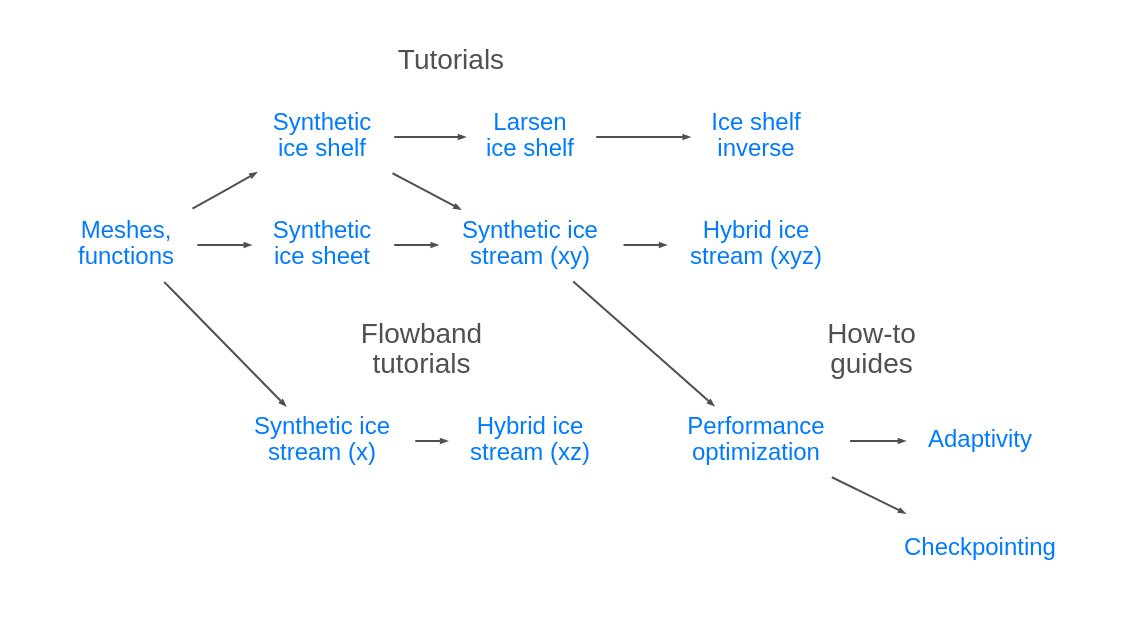
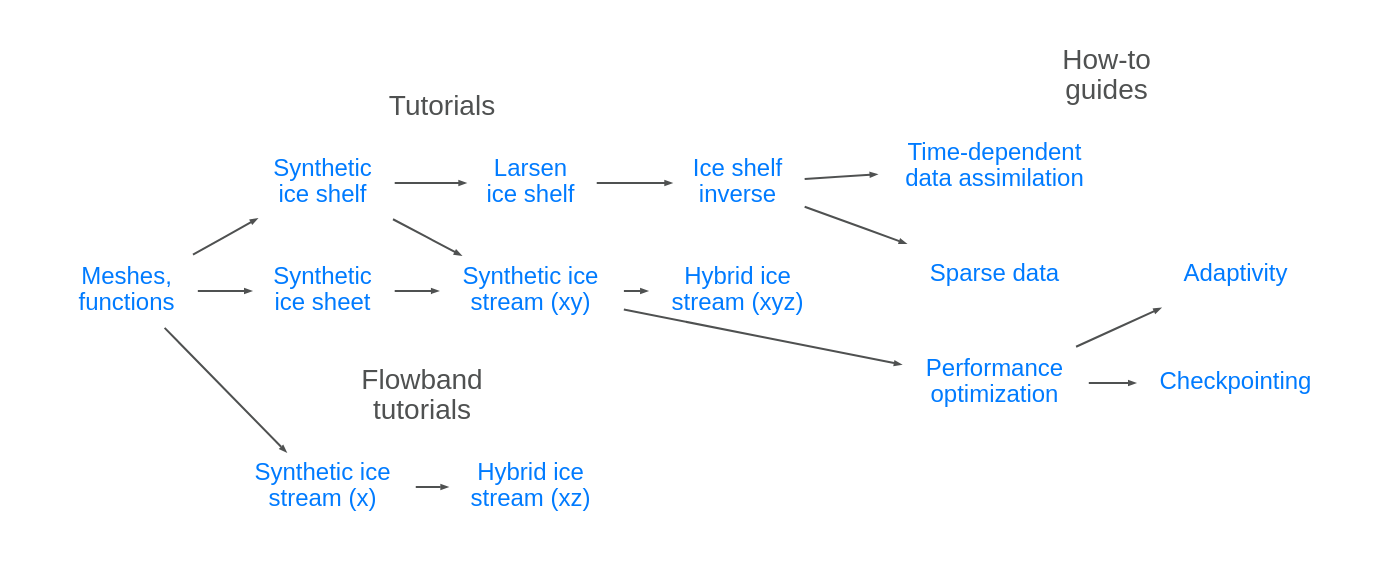
One commit to icepack/icepack.github.io changed the diagram in pages/tutorials.rst. Above: the diagram before and after it, drawn with Graphviz.

Commit message:
Add new how-to guides to index

```diff
--- a/pages/tutorials.rst
+++ b/pages/tutorials.rst
@@ -18,57 +18,61 @@
 .. graphviz::
 
     digraph tutorials {
         node [fontname="helvetica", shape="plaintext", fontcolor="#007bff", fontsize="12"];
         edge [arrowsize=0.25, color="#4F5151"];
         ranksep=0.15;
         rankdir="LR";
         splines="false";
         mode="hier";
         layout="dot";
         //newrank="true";
 
         meshes_functions [label="Meshes,\nfunctions", href="/notebooks/tutorials/00-meshes-functions/"];
         synthetic_ice_sheet [label="Synthetic\nice sheet", href="/notebooks/tutorials/01-synthetic-ice-sheet/"];
         synthetic_ice_shelf [label="Synthetic\nice shelf", href="/notebooks/tutorials/02-synthetic-ice-shelf/"];
         larsen_ice_shelf [label="Larsen\nice shelf", href="/notebooks/tutorials/03-larsen-ice-shelf/"];
         synthetic_ice_stream_x [label="Synthetic ice\nstream (x)", href="/notebooks/tutorials/04-synthetic-ice-stream-x/"];
         synthetic_ice_stream_xy [label="Synthetic ice\nstream (xy)", href="/notebooks/tutorials/04-synthetic-ice-stream-xy/"];
         ice_shelf_inverse [label="Ice shelf\ninverse", href="/notebooks/tutorials/05-ice-shelf-inverse/"];
         hybrid_ice_stream_xz [label="Hybrid ice\nstream (xz)", href="/notebooks/tutorials/06-hybrid-ice-stream-xz/"];
         hybrid_ice_stream_xyz [label="Hybrid ice\nstream (xyz)", href="/notebooks/tutorials/06-hybrid-ice-stream-xyz/"];
 
         performance [label="Performance\noptimization", href="/notebooks/how-to/01-performance/"];
         checkpointing [label="Checkpointing", href="/notebooks/how-to/02-checkpointing/"];
         adaptivity [label="Adaptivity", href="/notebooks/how-to/03-adaptivity/"];
+        sparse_data [label="Sparse data", href="/notebooks/how-to/04-sparse-data/"];
+        time_dependent_da [label="Time-dependent\ndata assimilation", href="/notebooks/how-to/05-time-dependent-inverse/"];
 
         subgraph cluster_planview_tutorials {
             penwidth=0;
             fontcolor="#4F5151"
             fontname="helvetica";
             label="Tutorials";
             meshes_functions -> synthetic_ice_sheet;
             meshes_functions -> synthetic_ice_shelf -> larsen_ice_shelf -> ice_shelf_inverse;
             synthetic_ice_shelf -> synthetic_ice_stream_xy;
             synthetic_ice_sheet -> synthetic_ice_stream_xy;
             synthetic_ice_stream_xy -> hybrid_ice_stream_xyz;
         }
 
         subgraph cluster_flowband_tutorials {
             penwidth=0;
             fontcolor="#4F5151"
             fontname="helvetica";
             label="Flowband\ntutorials";
             meshes_functions -> synthetic_ice_stream_x -> hybrid_ice_stream_xz;
         }
 
         synthetic_ice_stream_xy -> performance; // [constraint=false];
 
         subgraph cluster_how_to {
             penwidth=0;
             fontcolor="#4F5151"
             fontname="helvetica";
             label="How-to\nguides";
             performance -> checkpointing;
             performance -> adaptivity;
+            ice_shelf_inverse -> sparse_data;
+            ice_shelf_inverse -> time_dependent_da;
         }
     }
```
